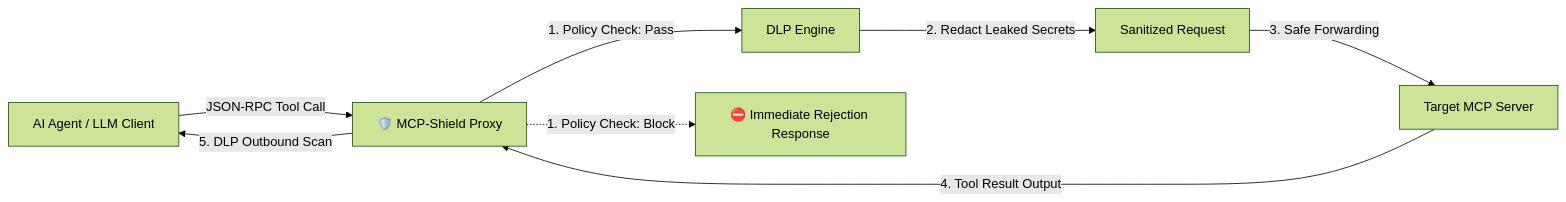
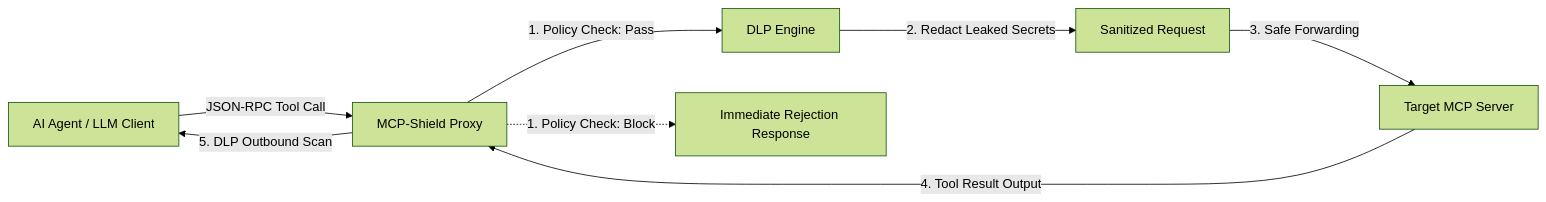
Before and after one commit to bhavukar/aegis: the diagram in README.md, drawn with Mermaid (forest theme). The commit also changed other lines of this file and 2 other files, not shown here.

````diff
--- a/README.md
+++ b/README.md
@@ -17,10 +17,10 @@
 ```mermaid
 flowchart LR
-    A[AI Agent / LLM Client] -->|JSON-RPC Tool Call| B[🛡️ MCP-Shield Proxy]
+    A[AI Agent / LLM Client] -->|JSON-RPC Tool Call| B[ MCP-Shield Proxy]
     B -->|1. Policy Check: Pass| C[DLP Engine]
-    B -.->|1. Policy Check: Block| F[⛔ Immediate Rejection Response]
+    B -.->|1. Policy Check: Block| F[ Immediate Rejection Response]
     C -->|2. Redact Leaked Secrets| D[Sanitized Request]
     D -->|3. Safe Forwarding| E[Target MCP Server]
     E -->|4. Tool Result Output| B
     B -->|5. DLP Outbound Scan| A
 ```
````
